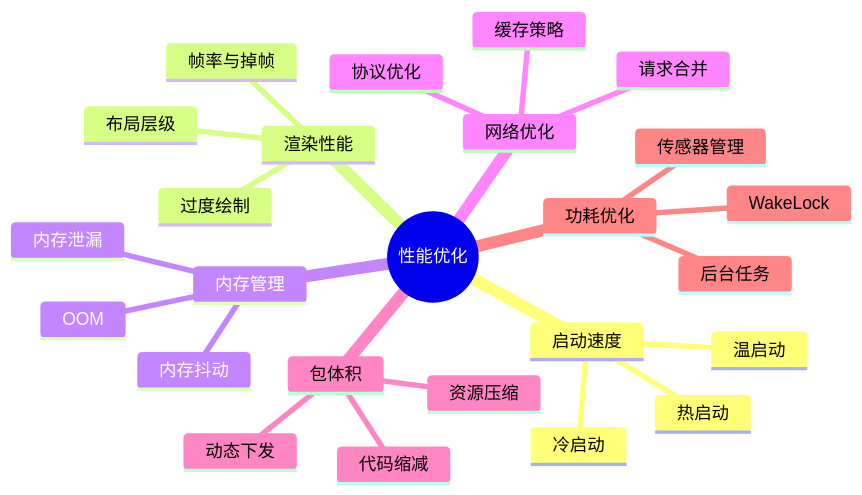
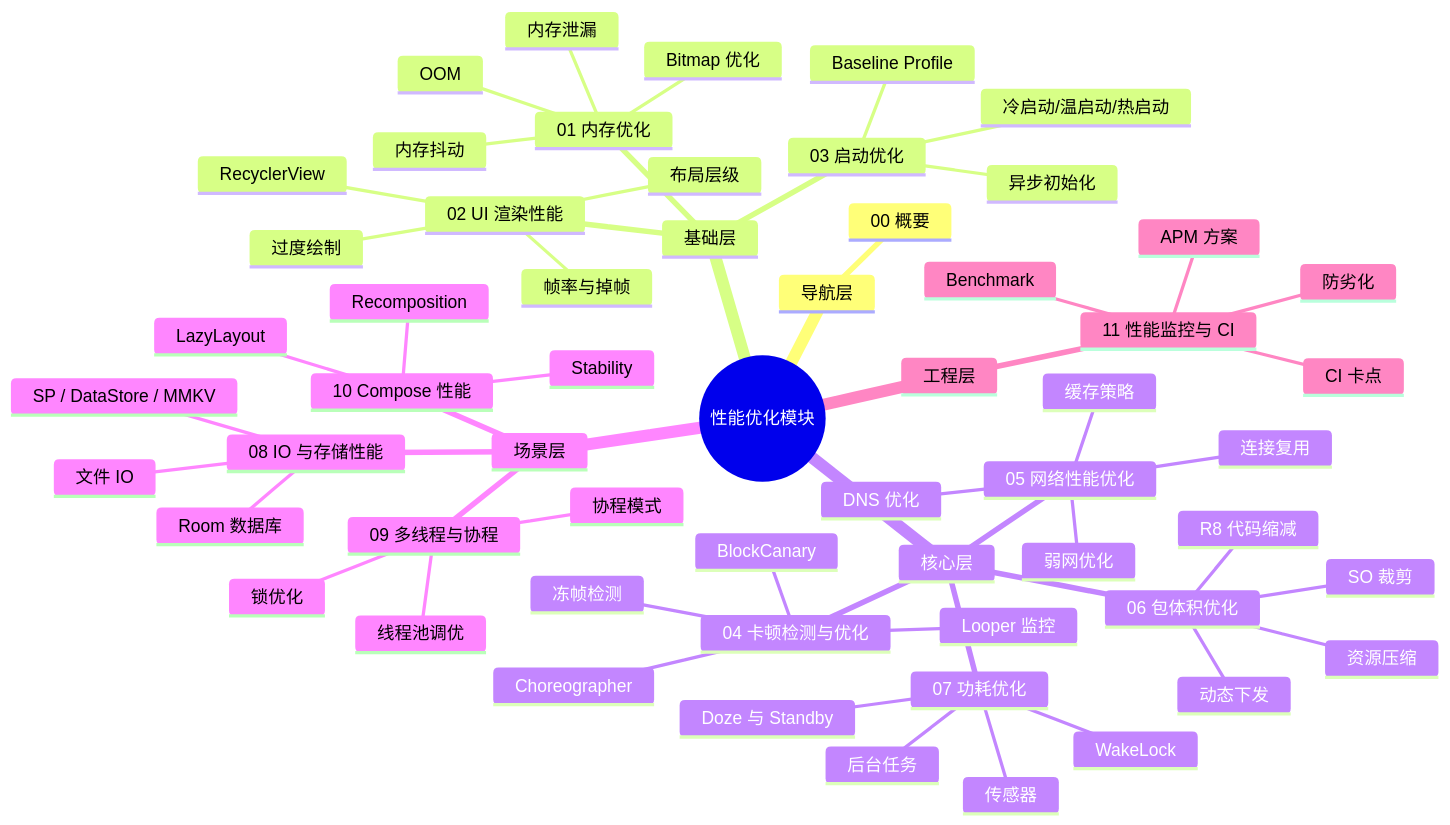
One commit to Jalever/android-knowledge-base changed the first of 3 diagrams in 07-性能优化performance-optimization/00-概要overview.md. Above: the diagram before and after it, drawn with Mermaid. The commit also changed other lines of this file and 35 other files, not shown here.

````diff
--- a/07-性能优化performance-optimization/00-概要overview.md
+++ b/07-性能优化performance-optimization/00-概要overview.md
@@ -16,28 +32,61 @@
 ```mermaid
 mindmap
-  root((性能优化))
-    启动速度
-      冷启动
-      温启动
-      热启动
-    渲染性能
-      帧率与掉帧
-      过度绘制
-      布局层级
-    内存管理
-      内存泄漏
-      内存抖动
-      OOM
-    网络优化
-      请求合并
-      缓存策略
-      协议优化
-    包体积
-      资源压缩
-      代码缩减
-      动态下发
-    功耗优化
-      WakeLock
-      后台任务
-      传感器管理
+  root((性能优化模块))
+    导航层
+      00 概要
+    基础层
+      01 内存优化
+        内存泄漏
+        内存抖动
+        OOM
+        Bitmap 优化
+      02 UI 渲染性能
+        帧率与掉帧
+        过度绘制
+        布局层级
+        RecyclerView
+      03 启动优化
+        冷启动/温启动/热启动
+        异步初始化
+        Baseline Profile
+    核心层
+      04 卡顿检测与优化
+        Looper 监控
+        BlockCanary
+        Choreographer
+        冻帧检测
+      05 网络性能优化
+        DNS 优化
+        连接复用
+        缓存策略
+        弱网优化
+      06 包体积优化
+        R8 代码缩减
+        资源压缩
+        SO 裁剪
+        动态下发
+      07 功耗优化
+        Doze 与 Standby
+        WakeLock
+        后台任务
+        传感器
+    场景层
+      08 IO 与存储性能
+        SP / DataStore / MMKV
+        Room 数据库
+        文件 IO
+      09 多线程与协程
+        线程池调优
+        协程模式
+        锁优化
+      10 Compose 性能
+        Recomposition
+        Stability
+        LazyLayout
+    工程层
+      11 性能监控与 CI
+        APM 方案
+        Benchmark
+        CI 卡点
+        防劣化
 ```
````
